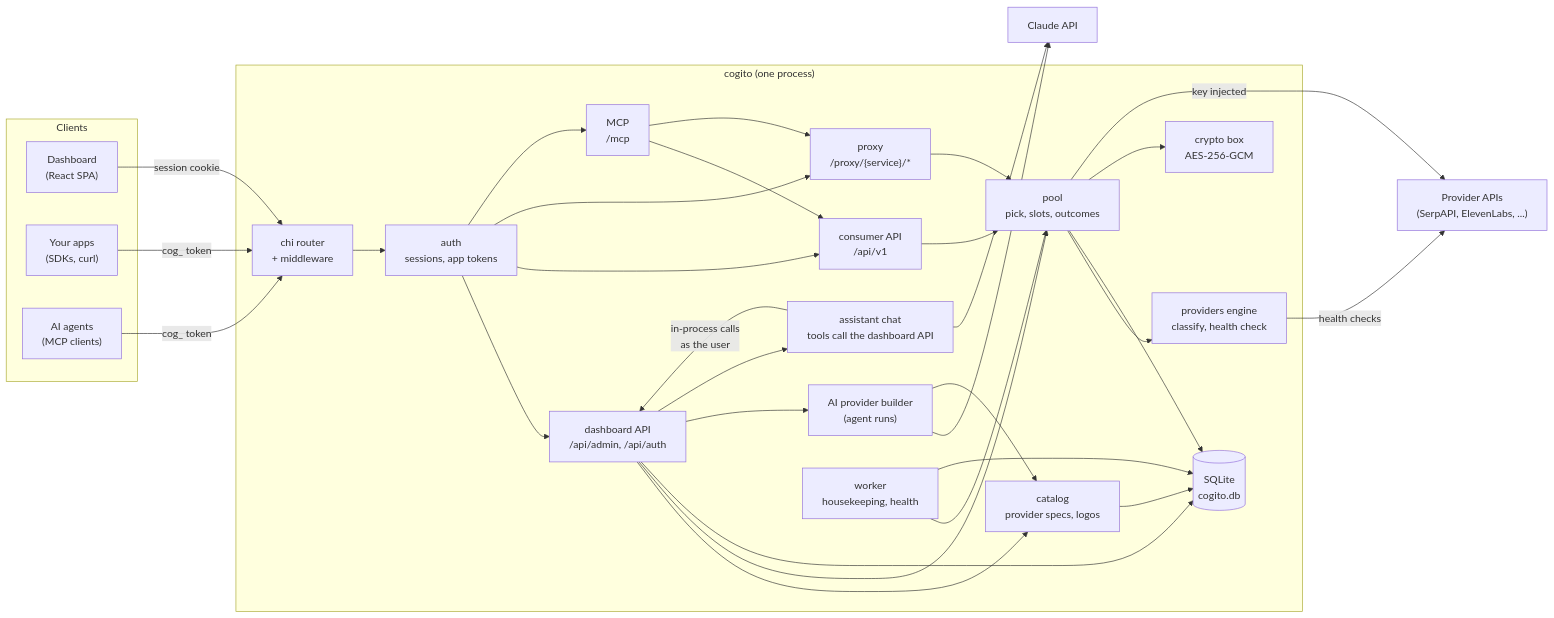
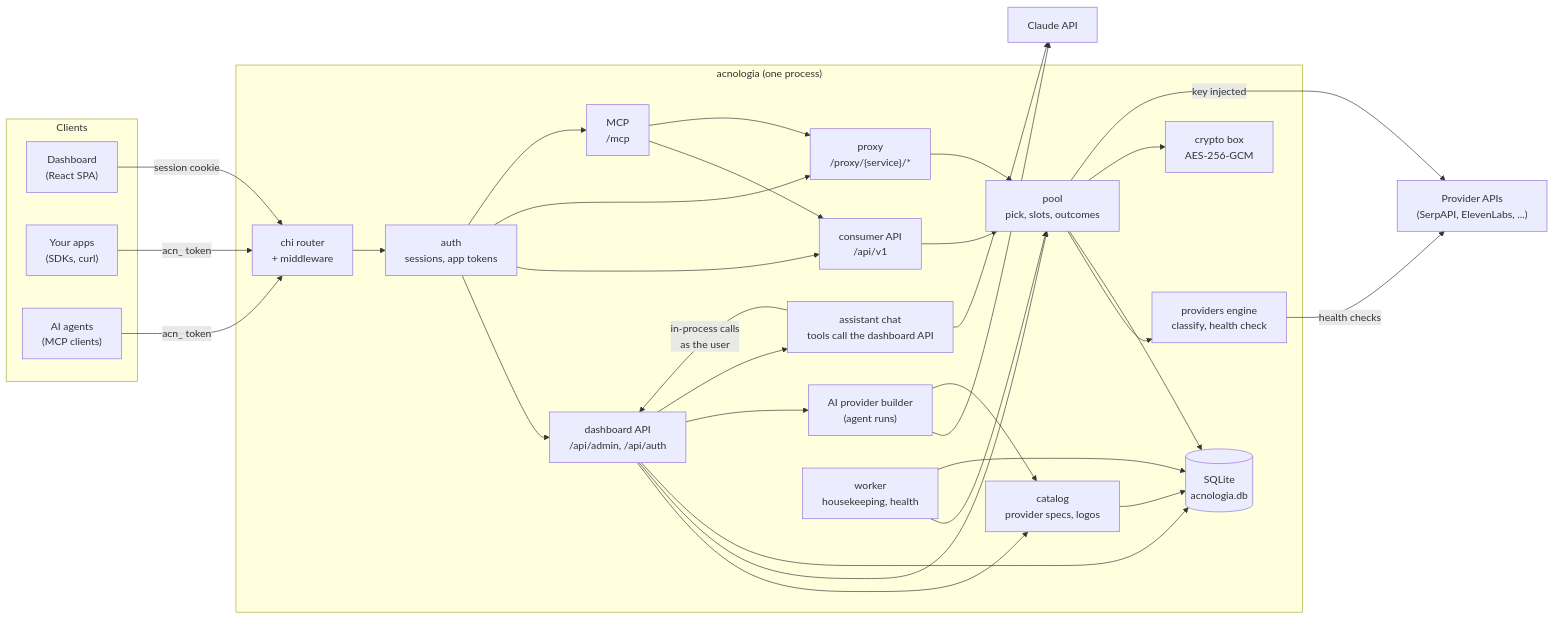
The first of 6 diagrams in server/internal/docsmd/files/architecture.md (sidharthpunathil/acnologia), drawn with Mermaid before and after one commit. The commit also changed other lines of this file and 43 other files, not shown here.

````diff
--- a/server/internal/docsmd/files/architecture.md
+++ b/server/internal/docsmd/files/architecture.md
@@ -8,48 +8,48 @@
 ```mermaid
 flowchart LR
     subgraph Clients
         UI["Dashboard<br/>(React SPA)"]
         App["Your apps<br/>(SDKs, curl)"]
         Agent["AI agents<br/>(MCP clients)"]
     end
 
-    subgraph Acnologia["cogito (one process)"]
+    subgraph Acnologia["acnologia (one process)"]
         Router["chi router<br/>+ middleware"]
         Auth["auth<br/>sessions, app tokens"]
         Admin["dashboard API<br/>/api/admin, /api/auth"]
         Consumer["consumer API<br/>/api/v1"]
         Proxy["proxy<br/>/proxy/{service}/*"]
         MCP["MCP<br/>/mcp"]
         Pool["pool<br/>pick, slots, outcomes"]
         Engine["providers engine<br/>classify, health check"]
         Catalog["catalog<br/>provider specs, logos"]
         AIB["AI provider builder<br/>(agent runs)"]
         Chat["assistant chat<br/>tools call the dashboard API"]
         Worker["worker<br/>housekeeping, health"]
-        Store[("SQLite<br/>cogito.db")]
+        Store[("SQLite<br/>acnologia.db")]
         Box["crypto box<br/>AES-256-GCM"]
     end
 
     Upstream["Provider APIs<br/>(SerpAPI, ElevenLabs, ...)"]
     Claude["Claude API"]
 
     UI -->|session cookie| Router
-    App -->|cog_ token| Router
-    Agent -->|cog_ token| Router
+    App -->|acn_ token| Router
+    Agent -->|acn_ token| Router
     Router --> Auth
     Auth --> Admin & Consumer & Proxy & MCP
     Admin --> Catalog & Pool & Store & AIB
     Consumer --> Pool
     Proxy --> Pool
     MCP --> Consumer & Proxy
     Pool --> Engine & Store & Box
     Pool -->|key injected| Upstream
     Engine -->|health checks| Upstream
     Worker --> Pool & Store
     AIB --> Claude
     Admin --> Chat
     Chat -->|"in-process calls<br/>as the user"| Admin
     Chat --> Claude
     AIB --> Catalog
     Catalog --> Store
 ```
````
